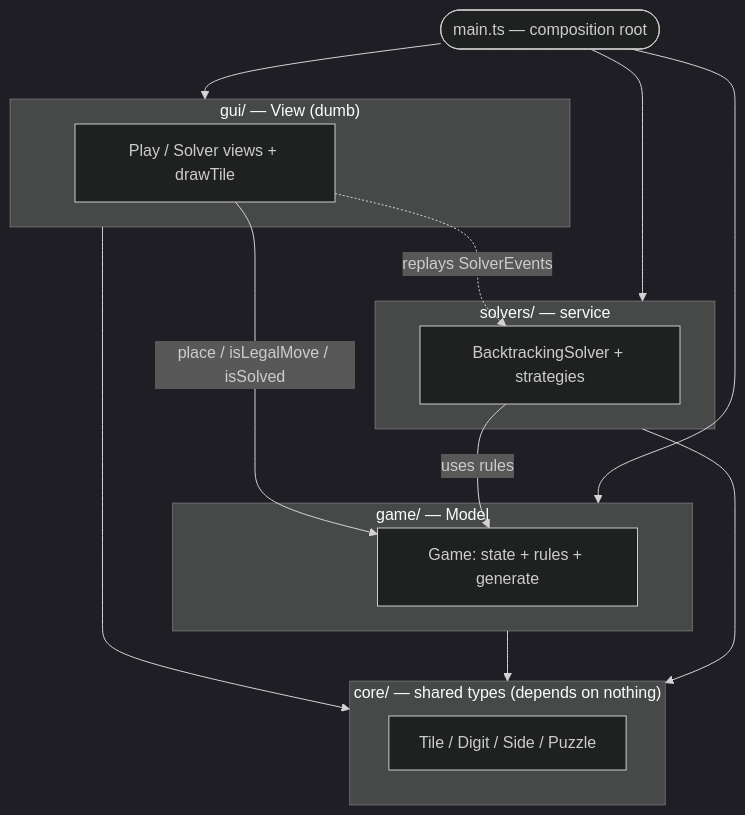
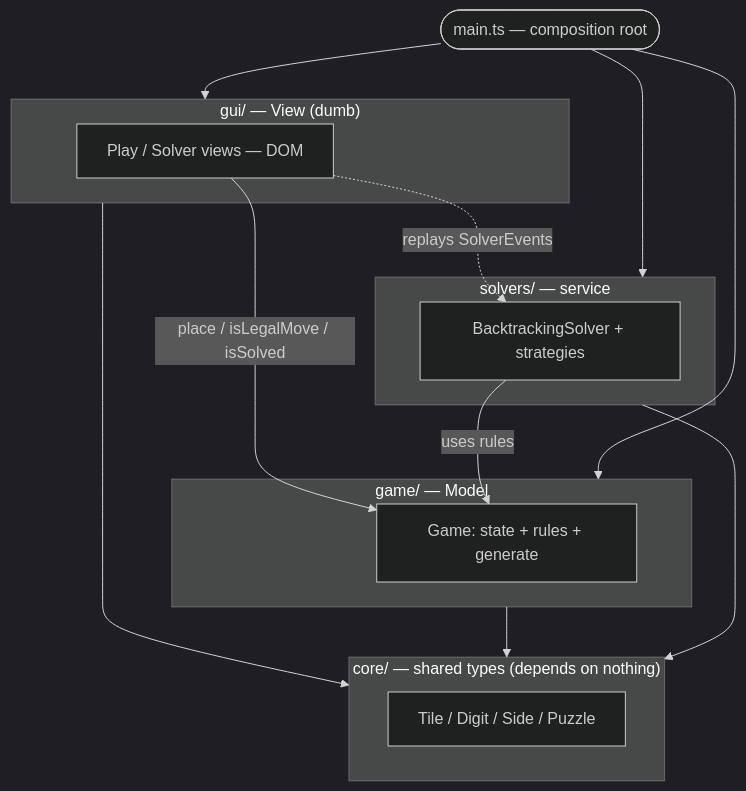
One commit to LucianChirca/Tetra-Vex-Solver changed the diagram in README.md. Above: the diagram before and after it, drawn with Mermaid (dark theme). The commit also changed other lines of this file and 9 other files, not shown here.

Commit message:
refactor(gui): DOM views, drop the canvas App

````diff
--- a/README.md
+++ b/README.md
@@ -74,28 +74,28 @@
 ```mermaid
 flowchart TD
     main([main.ts — composition root])
 
     subgraph GUI["gui/ — View (dumb)"]
-        views[Play / Solver views + drawTile]
+        views[Play / Solver views — DOM]
     end
     subgraph GAME["game/ — Model"]
         model[Game: state + rules + generate]
     end
     subgraph SOLVERS["solvers/ — service"]
         solver[BacktrackingSolver + strategies]
     end
     subgraph CORE["core/ — shared types (depends on nothing)"]
         types[Tile / Digit / Side / Puzzle]
     end
 
     main --> GUI
     main --> GAME
     main --> SOLVERS
 
     views -->|"place / isLegalMove / isSolved"| model
     views -.->|"replays SolverEvents"| solver
     solver -->|uses rules| model
     GUI --> CORE
     GAME --> CORE
     SOLVERS --> CORE
 ```
````
